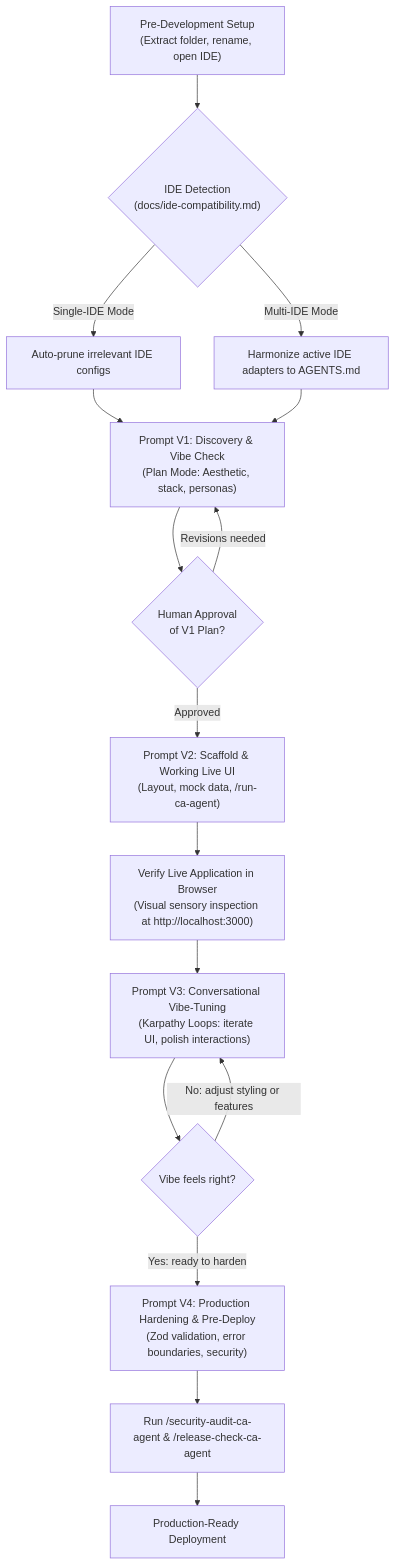
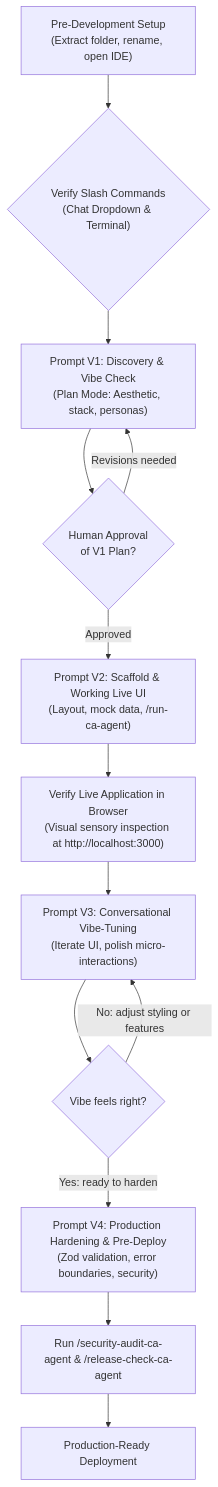
Before and after one commit to rmsofficialsyt/Agentic-AI-Vibe-Coding-AND-SDD-TDD-Codebase-Chandan-Adhikary: the first of 2 diagrams in README.md, drawn with Mermaid. The commit also changed other lines of this file and 60 other files, not shown here.

````diff
--- a/README.md
+++ b/README.md
@@ -47,23 +48,19 @@
 ```mermaid
 flowchart TD
-    Setup["Pre-Development Setup<br/>(Extract folder, rename, open IDE)"] --> IDEDetect{"IDE Detection<br/>(docs/ide-compatibility.md)"}
-    IDEDetect -->|"Single-IDE Mode"| Prune["Auto-prune irrelevant IDE configs"]
-    IDEDetect -->|"Multi-IDE Mode"| Sync["Harmonize active IDE adapters to AGENTS.md"]
-    
-    Prune --> PV1["Prompt V1: Discovery & Vibe Check<br/>(Plan Mode: Aesthetic, stack, personas)"]
-    Sync --> PV1
+    Setup["Pre-Development Setup<br/>(Extract folder, rename, open IDE)"] --> CmdCheck{"Verify Slash Commands<br/>(Chat Dropdown & Terminal)"}
+    CmdCheck --> PV1["Prompt V1: Discovery & Vibe Check<br/>(Plan Mode: Aesthetic, stack, personas)"]
     
     PV1 --> HumanV1{"Human Approval<br/>of V1 Plan?"}
     HumanV1 -->|"Revisions needed"| PV1
     HumanV1 -->|"Approved"| PV2["Prompt V2: Scaffold & Working Live UI<br/>(Layout, mock data, /run-ca-agent)"]
     
     PV2 --> LiveCheck["Verify Live Application in Browser<br/>(Visual sensory inspection at http://localhost:3000)"]
     
-    LiveCheck --> PV3["Prompt V3: Conversational Vibe-Tuning<br/>(Karpathy Loops: iterate UI, polish interactions)"]
+    LiveCheck --> PV3["Prompt V3: Conversational Vibe-Tuning<br/>(Iterate UI, polish micro-interactions)"]
     PV3 --> Loop{"Vibe feels right?"}
     Loop -->|"No: adjust styling or features"| PV3
     Loop -->|"Yes: ready to harden"| PV4["Prompt V4: Production Hardening & Pre-Deploy<br/>(Zod validation, error boundaries, security)"]
     
     PV4 --> Audits["Run /security-audit-ca-agent & /release-check-ca-agent"]
     Audits --> Ship["Production-Ready Deployment"]
 ```
````
